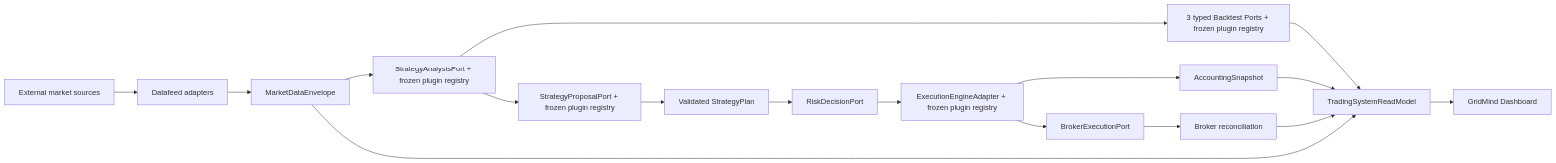
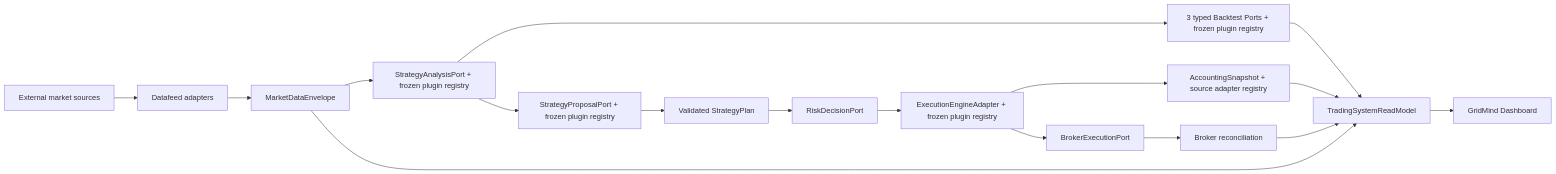
Before and after one commit to zinan92/trading-system: the diagram in docs/trading-system-ports-and-adapters-audit-2026-07-18.md, drawn with Mermaid. The commit also changed other lines of this file and 1 other file, not shown here.

Commit message:
docs(architecture): score A12 accounting boundary

````diff
--- a/docs/trading-system-ports-and-adapters-audit-2026-07-18.md
+++ b/docs/trading-system-ports-and-adapters-audit-2026-07-18.md
@@ -42,19 +42,19 @@
 ```mermaid
 flowchart LR
     S["External market sources"] --> DA["Datafeed adapters"]
     DA --> ME["MarketDataEnvelope"]
     ME --> SA["StrategyAnalysisPort + frozen plugin registry"]
     SA --> BT["3 typed Backtest Ports + frozen plugin registry"]
     SA --> PP["StrategyProposalPort + frozen plugin registry"]
     PP --> SP["Validated StrategyPlan"]
     SP --> RP["RiskDecisionPort"]
     RP --> EP["ExecutionEngineAdapter + frozen plugin registry"]
-    EP --> AP["AccountingSnapshot"]
+    EP --> AP["AccountingSnapshot + source adapter registry"]
     EP --> BP["BrokerExecutionPort"]
     BP --> BR["Broker reconciliation"]
     AP --> RM["TradingSystemReadModel"]
     BR --> RM
     ME --> RM
     BT --> RM
     RM --> UI["GridMind Dashboard"]
 ```
````
